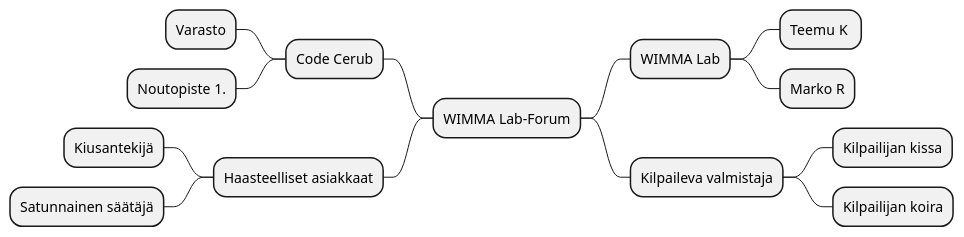
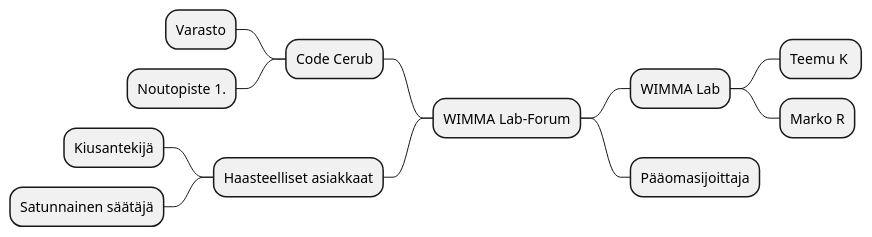
One commit to ninaleo/S2021-AB5160-core changed the first of 6 diagrams in dokumentit/20-Vaatimustenhallinta/vaatimusmaaritely-tiivis.md. Above: the diagram before and after it, drawn with PlantUML.

````diff
--- a/dokumentit/20-Vaatimustenhallinta/vaatimusmaaritely-tiivis.md
+++ b/dokumentit/20-Vaatimustenhallinta/vaatimusmaaritely-tiivis.md
@@ -45,17 +45,15 @@
 ```plantuml
 @startmindmap
 + WIMMA Lab-Forum
 ++ WIMMA Lab
 +++ Teemu K 
 +++ Marko R
-++ Kilpaileva valmistaja
-+++ Kilpailijan kissa
-+++ Kilpailijan koira
+++ Pääomasijoittaja
 -- Code Cerub
 --- Varasto
 --- Noutopiste 1.
 -- Haasteelliset asiakkaat
 --- Kiusantekijä
 --- Satunnainen säätäjä
 @endmindmap
 ```
````
